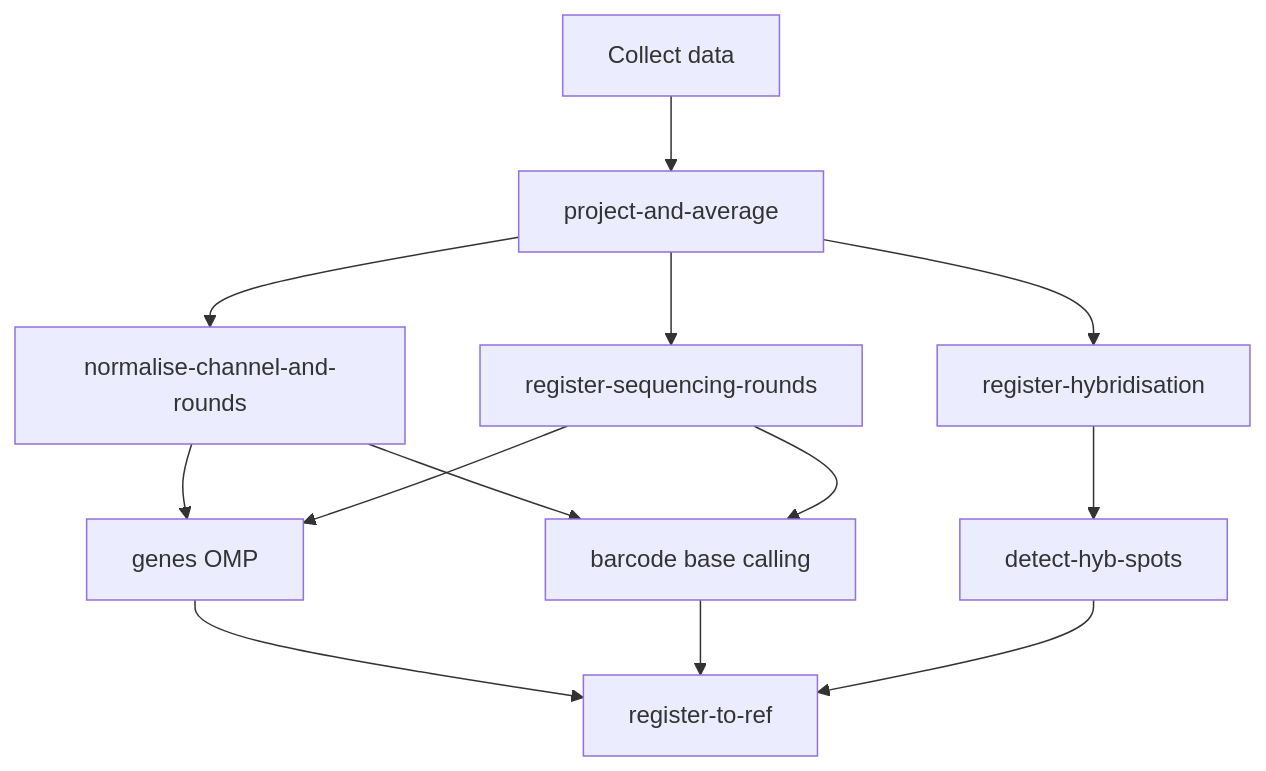
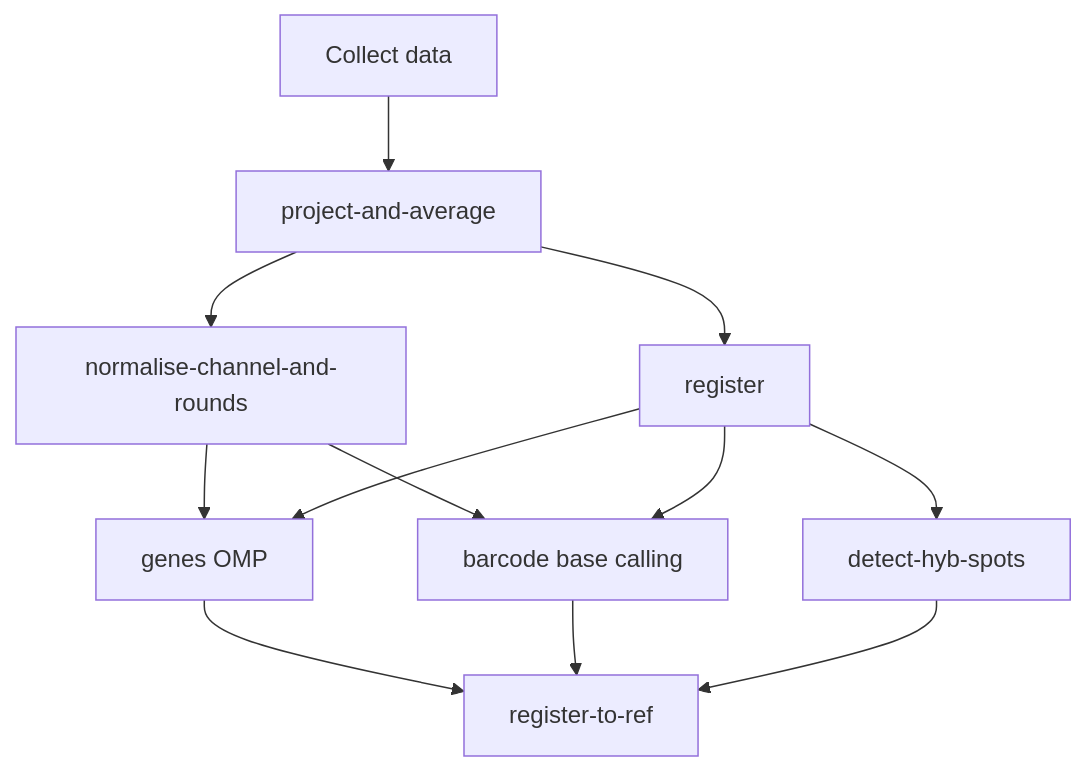
One commit to znamlab/iss-preprocess changed the diagram in README.md. Above: the diagram before and after it, drawn with Mermaid. The commit also changed other lines of this file, not shown here.

````diff
--- a/README.md
+++ b/README.md
@@ -25,15 +25,14 @@
 ```mermaid
 graph TD;
     start[Collect data] --> A[project-and-average];
-    A[project-and-average] --> B[register-sequencing-rounds];
+    A[project-and-average] --> B[register];
     A --> C[normalise-channel-and-rounds];
-    A --> D[register-hybridisation];
-    D --> E[detect-hyb-spots];
+    B --> E[detect-hyb-spots];
     C --> F[genes OMP];
     B --> F;
     C --> G[barcode base calling];
     B --> G;
     F --> H[register-to-ref];
     G --> H;
     E --> H;
 ```
````
